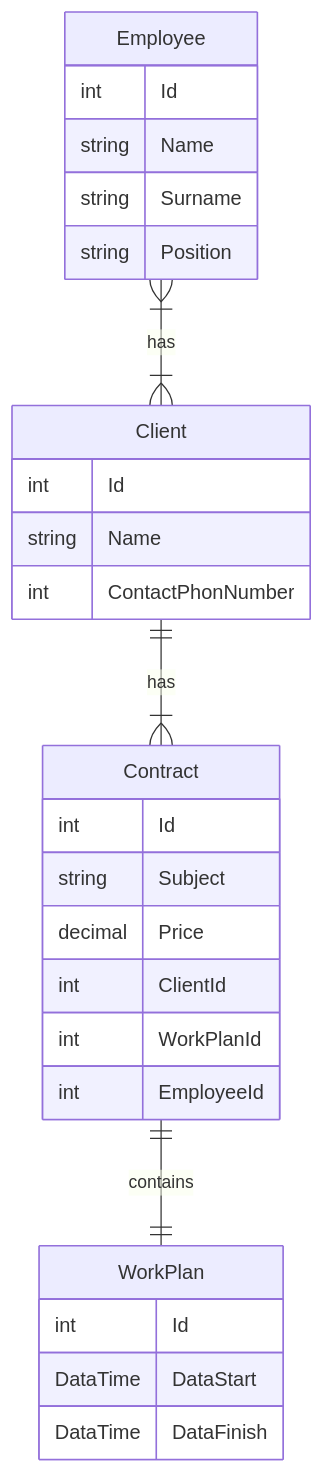
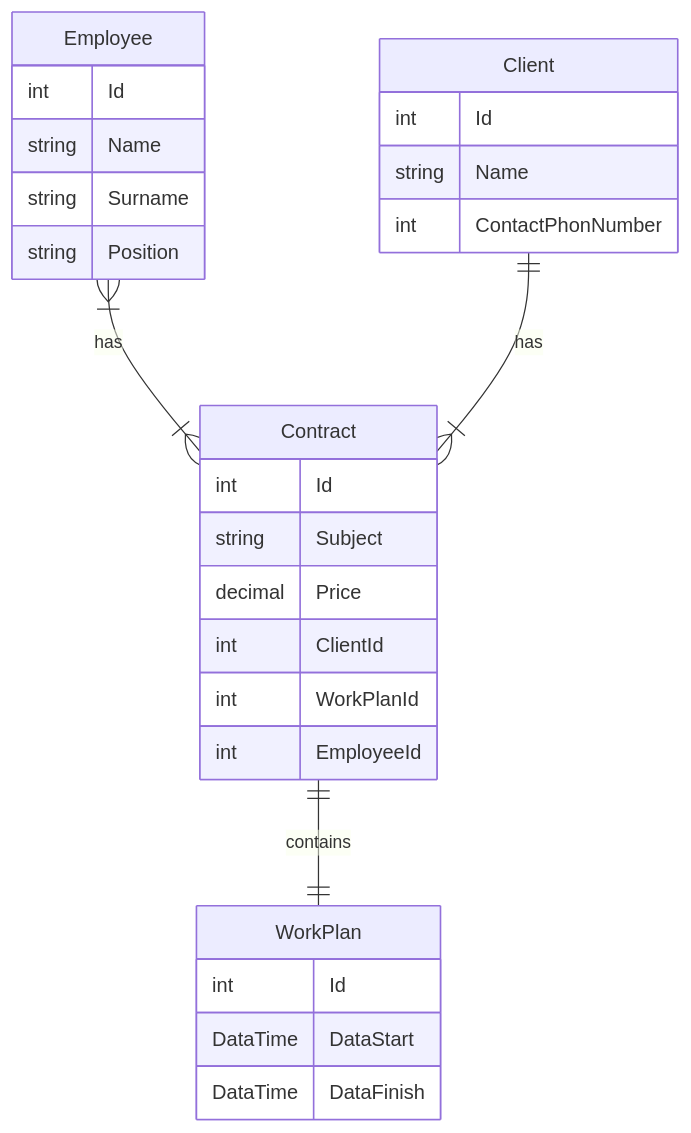
Before and after one commit to KondratenkoDV/CRM: the diagram in README.md, drawn with Mermaid.

````diff
--- a/README.md
+++ b/README.md
@@ -1,33 +1,33 @@
 ```mermaid
 erDiagram
-  Employee }|--|{ Client : has
+  Employee }|--|{ Contract : has
   Client ||--|{ Contract : has
   Contract ||--|| WorkPlan : contains
   Employee{
       int Id
       string Name
       string Surname
       string Position
   }
 
   Client{
       int Id
       string Name
       int ContactPhonNumber
   }
 
   Contract{
       int Id
       string Subject
       decimal Price
       int ClientId
       int WorkPlanId
       int EmployeeId
   }
 
   WorkPlan{
       int Id
       DataTime DataStart
       DataTime DataFinish
   }
   ```
````
